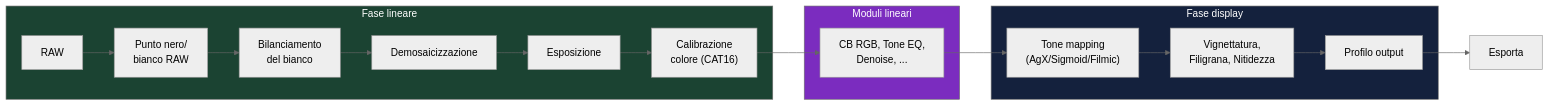
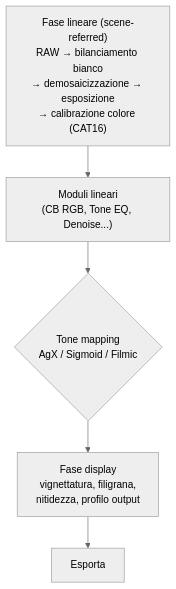
One commit to lorenzoperone/darktable-docs changed the diagram in docs/color/scene-referred.md. Above: the diagram before and after it, drawn with Mermaid (neutral theme). The commit also changed 11 other files, not shown here.

First line of the commit message:
fix: diagrammi Mermaid leggibili, pulsante Segnala dinamico, date contenuto

````diff
--- a/docs/color/scene-referred.md
+++ b/docs/color/scene-referred.md
@@ -26,23 +26,7 @@
 ```mermaid
-flowchart LR
-    subgraph LINEARE["Fase lineare"]
-        A["RAW"] --> B["Punto nero/<br/>bianco RAW"]
-        B --> C["Bilanciamento<br/>del bianco"]
-        C --> D["Demosaicizzazione"]
-        D --> E["Esposizione"]
-        E --> F["Calibrazione<br/>colore (CAT16)"]
-    end
-    subgraph TONE["Moduli lineari"]
-        F --> G["CB RGB, Tone EQ,<br/>Denoise, ..."]
-    end
-    subgraph DISPLAY["Fase display"]
-        G --> H["Tone mapping<br/>(AgX/Sigmoid/Filmic)"]
-        H --> I["Vignettatura,<br/>Filigrana, Nitidezza"]
-        I --> J["Profilo output"]
-    end
-    J --> K["Esporta"]
-
-    style LINEARE fill:#1b4332,color:#fff
-    style TONE fill:#7b2cbf,color:#fff
-    style DISPLAY fill:#14213d,color:#fff
+flowchart TD
+    A["Fase lineare (scene-referred)<br/>RAW → bilanciamento bianco<br/>→ demosaicizzazione → esposizione<br/>→ calibrazione colore (CAT16)"] --> B["Moduli lineari<br/>(CB RGB, Tone EQ, Denoise...)"]
+    B --> C{"Tone mapping<br/>AgX / Sigmoid / Filmic"}
+    C --> D["Fase display<br/>vignettatura, filigrana,<br/>nitidezza, profilo output"]
+    D --> E["Esporta"]
 ```
````
